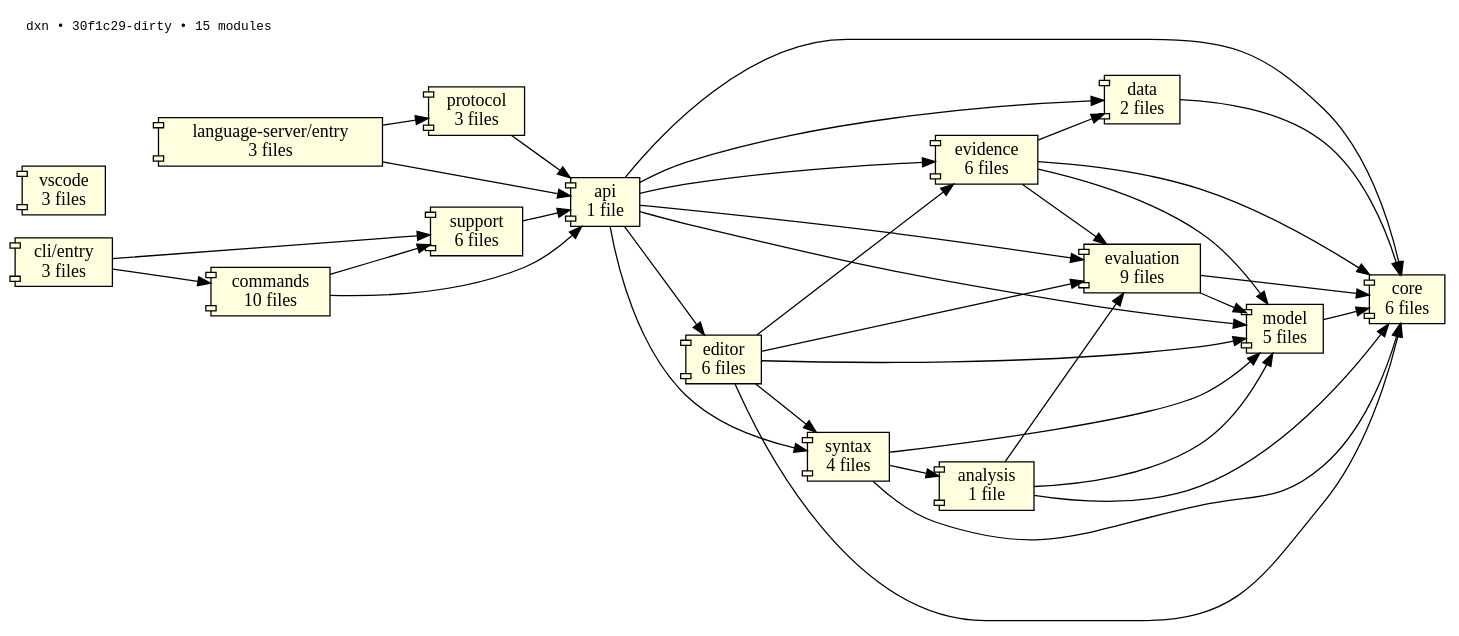
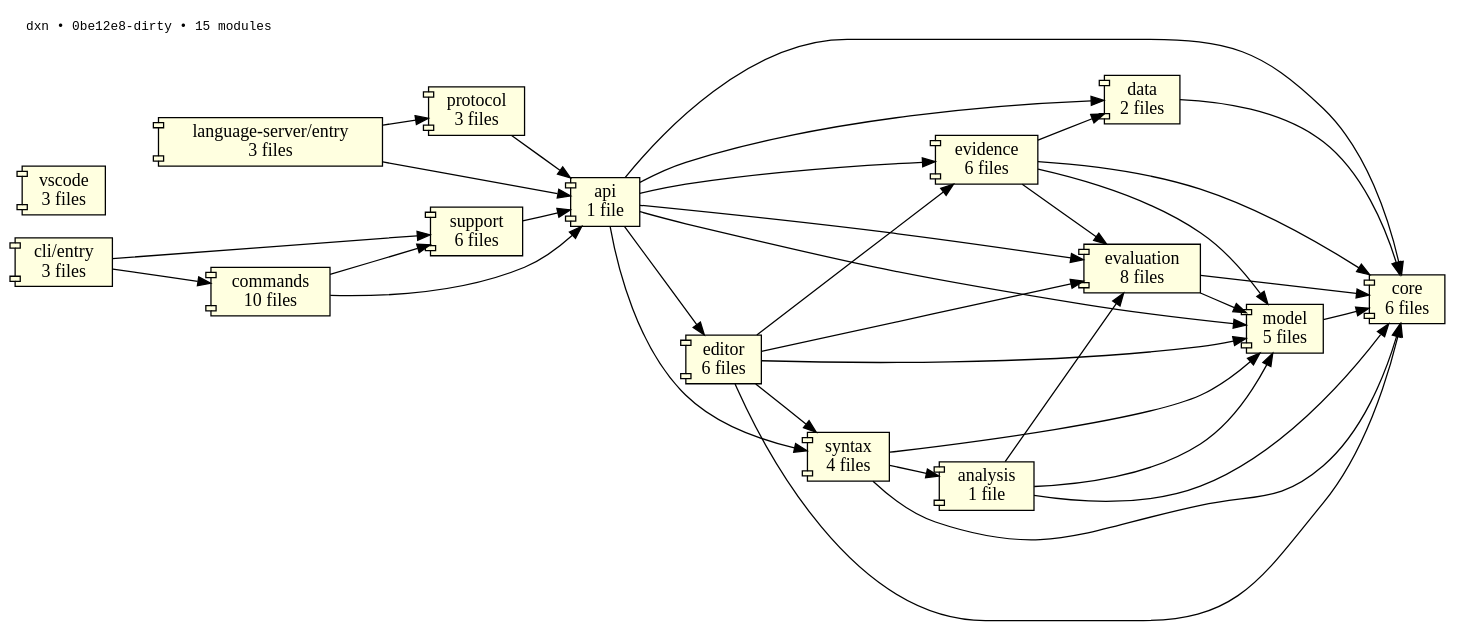
Before and after one commit to LegacyCodeHQ/dxn: the diagram in docs/architecture/dependencies.dot, drawn with Graphviz. The commit also changed 18 other files, not shown here.

```diff
--- a/docs/architecture/dependencies.dot
+++ b/docs/architecture/dependencies.dot
@@ -1,60 +1,60 @@
 digraph dependencies {
   rankdir=LR;
   node [shape=box];
-  label="dxn • 30f1c29-dirty • 15 modules";
+  label="dxn • 0be12e8-dirty • 15 modules";
   labelloc=t;
   labeljust=l;
   fontsize=10;
   fontname=Courier;
 
   "cli/commands" [label="commands\n10 files", shape=component, style=filled, fillcolor=lightyellow];
   "cli/entry" [label="cli/entry\n3 files", shape=component, style=filled, fillcolor=lightyellow];
   "cli/support" [label="support\n6 files", shape=component, style=filled, fillcolor=lightyellow];
   "language-server/entry" [label="language-server/entry\n3 files", shape=component, style=filled, fillcolor=lightyellow];
   "language-server/protocol" [label="protocol\n3 files", shape=component, style=filled, fillcolor=lightyellow];
   "language/analysis" [label="analysis\n1 file", shape=component, style=filled, fillcolor=lightyellow];
   "language/api" [label="api\n1 file", shape=component, style=filled, fillcolor=lightyellow];
   "language/core" [label="core\n6 files", shape=component, style=filled, fillcolor=lightyellow];
   "language/data" [label="data\n2 files", shape=component, style=filled, fillcolor=lightyellow];
   "language/editor" [label="editor\n6 files", shape=component, style=filled, fillcolor=lightyellow];
-  "language/evaluation" [label="evaluation\n9 files", shape=component, style=filled, fillcolor=lightyellow];
+  "language/evaluation" [label="evaluation\n8 files", shape=component, style=filled, fillcolor=lightyellow];
   "language/evidence" [label="evidence\n6 files", shape=component, style=filled, fillcolor=lightyellow];
   "language/model" [label="model\n5 files", shape=component, style=filled, fillcolor=lightyellow];
   "language/syntax" [label="syntax\n4 files", shape=component, style=filled, fillcolor=lightyellow];
   "vscode" [label="vscode\n3 files", shape=component, style=filled, fillcolor=lightyellow];
 
   "cli/commands" -> "cli/support";
   "cli/commands" -> "language/api";
   "cli/entry" -> "cli/commands";
   "cli/entry" -> "cli/support";
   "cli/support" -> "language/api";
   "language-server/entry" -> "language-server/protocol";
   "language-server/entry" -> "language/api";
   "language-server/protocol" -> "language/api";
   "language/analysis" -> "language/core";
   "language/analysis" -> "language/evaluation";
   "language/analysis" -> "language/model";
   "language/api" -> "language/core";
   "language/api" -> "language/data";
   "language/api" -> "language/editor";
   "language/api" -> "language/evaluation";
   "language/api" -> "language/evidence";
   "language/api" -> "language/model";
   "language/api" -> "language/syntax";
   "language/data" -> "language/core";
   "language/editor" -> "language/core";
   "language/editor" -> "language/evaluation";
   "language/editor" -> "language/evidence";
   "language/editor" -> "language/model";
   "language/editor" -> "language/syntax";
   "language/evaluation" -> "language/core";
   "language/evaluation" -> "language/model";
   "language/evidence" -> "language/core";
   "language/evidence" -> "language/data";
   "language/evidence" -> "language/evaluation";
   "language/evidence" -> "language/model";
   "language/model" -> "language/core";
   "language/syntax" -> "language/analysis";
   "language/syntax" -> "language/core";
   "language/syntax" -> "language/model";
 }
```
